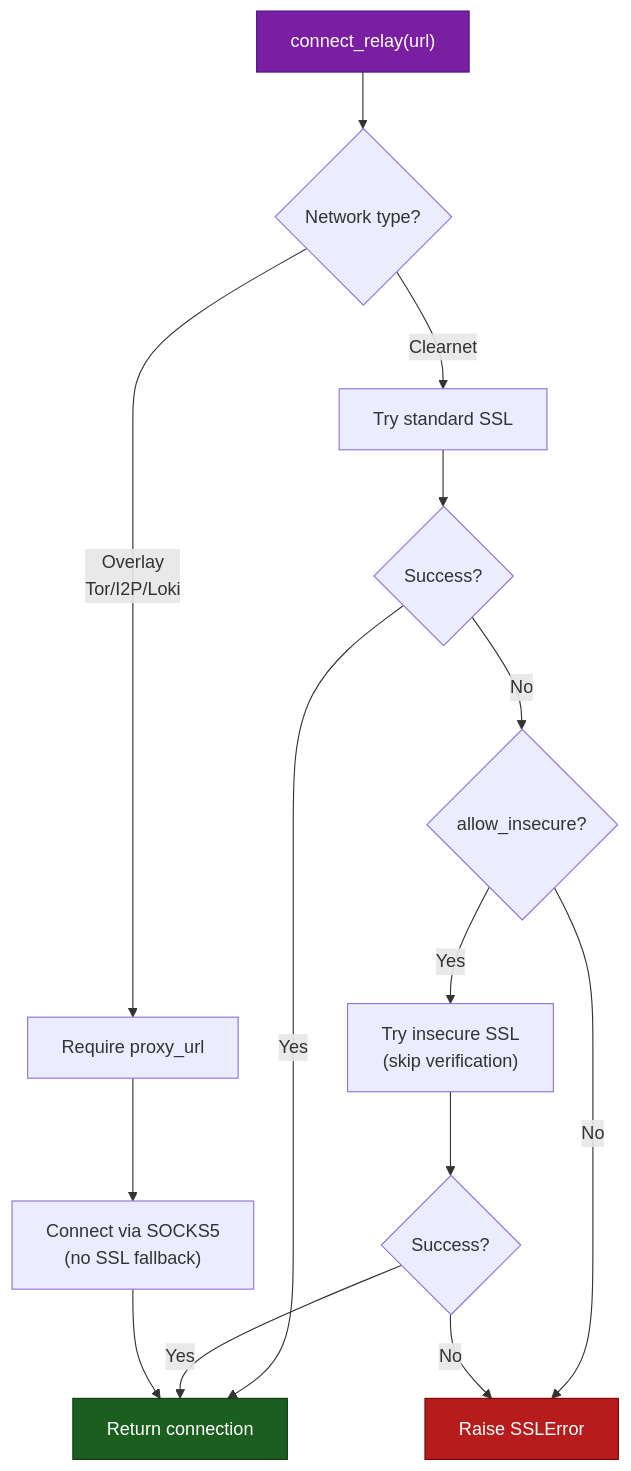
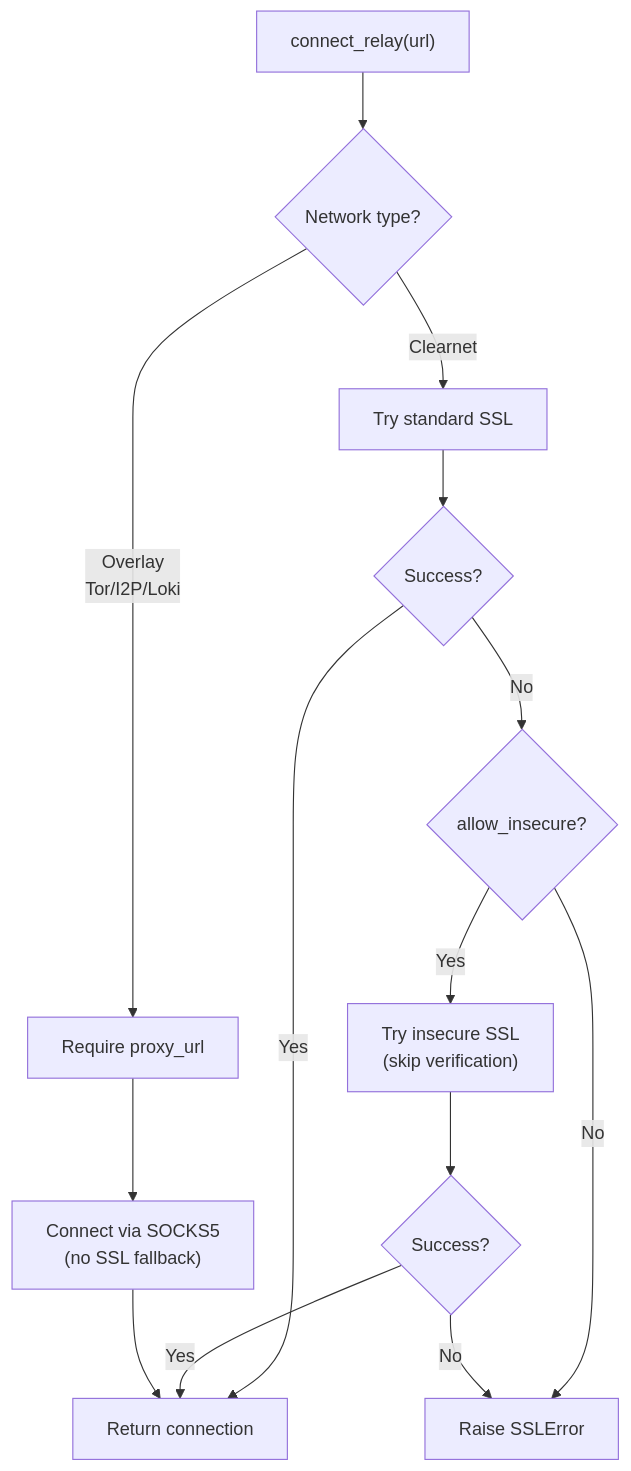
Before and after one commit to BigBrotr/bigbrotr: the fourth of 7 diagrams in docs/user-guide/architecture.md, drawn with Mermaid. The commit also changed other lines of this file and 10 other files, not shown here.

````diff
--- a/docs/user-guide/architecture.md
+++ b/docs/user-guide/architecture.md
@@ -384,20 +382,17 @@
 ```mermaid
 flowchart TD
     A["connect_relay(url)"] --> B{Network type?}
     B -->|Clearnet| C["Try standard SSL"]
     B -->|Overlay<br/>Tor/I2P/Loki| G["Require proxy_url"]
     C --> D{Success?}
     D -->|Yes| E["Return connection"]
     D -->|No| F{allow_insecure?}
     F -->|Yes| H["Try insecure SSL<br/>(skip verification)"]
     F -->|No| I["Raise SSLError"]
     H --> J{Success?}
     J -->|Yes| E
     J -->|No| I
     G --> K["Connect via SOCKS5<br/>(no SSL fallback)"]
     K --> E
 
-    style A fill:#7B1FA2,color:#fff,stroke:#4A148C
-    style E fill:#1B5E20,color:#fff,stroke:#0D3B0F
-    style I fill:#B71C1C,color:#fff,stroke:#7F0000
 ```
````
